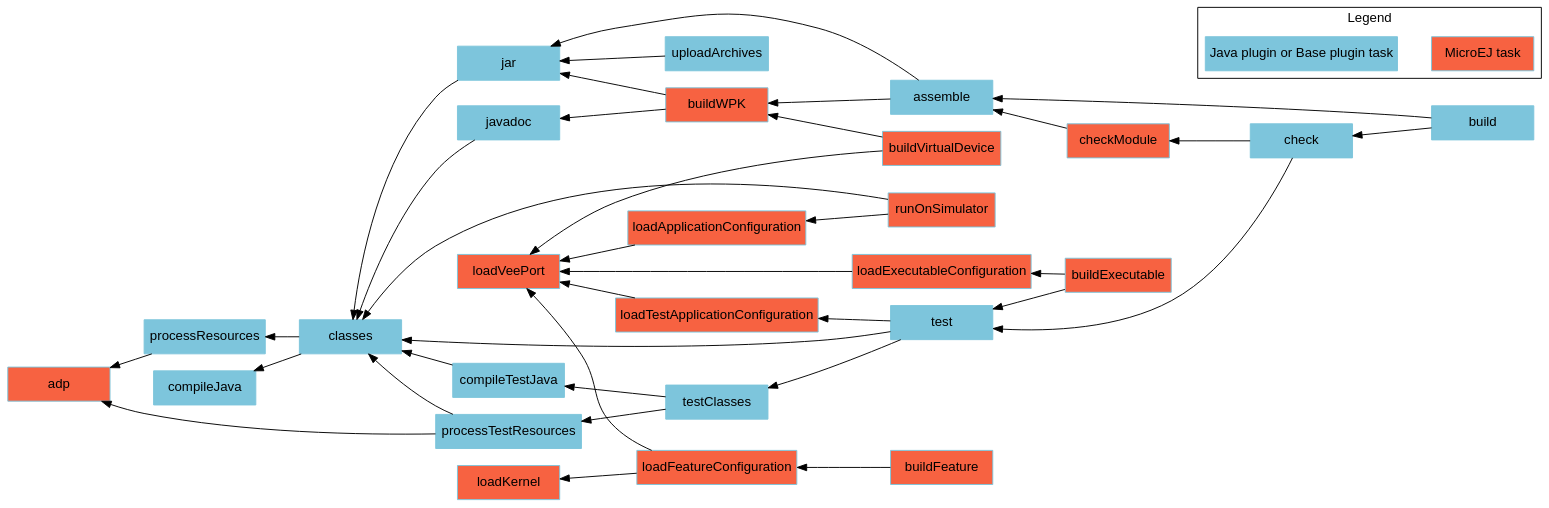
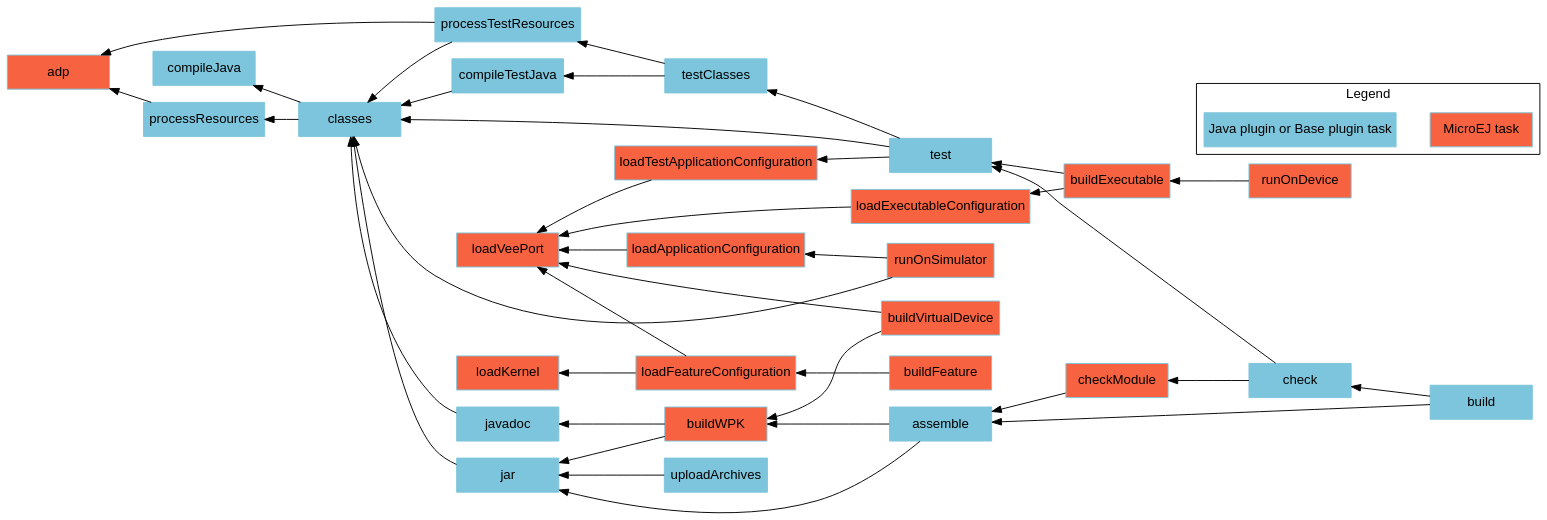
One commit to MicroEJ/docs changed the diagram in SDK6UserGuide/graphApplicationModule.dot. Above: the diagram before and after it, drawn with Graphviz. The commit also changed 1 other file, not shown here.

```diff
--- a/SDK6UserGuide/graphApplicationModule.dot
+++ b/SDK6UserGuide/graphApplicationModule.dot
@@ -1,69 +1,71 @@
 digraph mygraph {
     rankdir="RL";
     bgcolor="transparent"
     fontname="Helvetica,Arial,sans-serif"
     node [
         shape = box
         width = 1.5
         color = "#7dc5dc"
         style = filled
         fontname="Helvetica,Arial,sans-serif"
     ]
     edge [fontname="Helvetica,Arial,sans-serif"]
     "adp" [fillcolor = "#f76241"]
     "checkModule" [fillcolor = "#f76241"]
     "loadKernel" [fillcolor = "#f76241"]
     "loadVeePort" [fillcolor = "#f76241"]
     "loadApplicationConfiguration" [fillcolor = "#f76241"]
     "loadExecutableConfiguration" [fillcolor = "#f76241"] 
     "loadFeatureConfiguration" [fillcolor = "#f76241"]
     "loadTestApplicationConfiguration" [fillcolor = "#f76241"]
     "runOnSimulator" [fillcolor = "#f76241"]
     "buildWPK" [fillcolor = "#f76241"]
     "buildExecutable" [fillcolor = "#f76241"]
     "buildVirtualDevice" [fillcolor = "#f76241"]
     "buildFeature" [fillcolor = "#f76241"]
+    "runOnDevice" [fillcolor = "#f76241"]
     "build" -> "check"
     "check" -> "test"
     "test" -> "classes"
     "test" -> "testClasses"
     "test" -> "loadTestApplicationConfiguration"
     "testClasses" -> "compileTestJava"
     "testClasses" -> "processTestResources"
     "loadTestApplicationConfiguration" -> "loadVeePort"
     "processResources" -> "adp"
     "processTestResources" -> "adp"
     "processTestResources" -> "classes"
     "compileTestJava" -> "classes"
     "javadoc" -> "classes"
     "classes" -> "compileJava"
     "classes" -> "processResources"
     "build" -> "assemble"
     "assemble" -> "jar"
     "assemble" -> "buildWPK"
     "uploadArchives" -> "jar"
     "jar" -> "classes"
     "runOnSimulator" -> "classes"
     "runOnSimulator" -> "loadApplicationConfiguration"
     "loadApplicationConfiguration" -> "loadVeePort"
     "checkModule" -> "assemble"
     "check" -> "checkModule"
     "buildWPK" -> "jar"
     "buildWPK" -> "javadoc"
     "buildExecutable" -> "test"
     "buildExecutable" -> "loadExecutableConfiguration"
     "loadExecutableConfiguration" -> "loadVeePort"
     "buildVirtualDevice" -> "loadVeePort"
     "buildVirtualDevice" -> "buildWPK"
     "buildFeature" -> "loadFeatureConfiguration"
     "loadFeatureConfiguration" -> "loadKernel"
     "loadFeatureConfiguration" -> "loadVeePort"
+    "runOnDevice" -> "buildExecutable"
 
     subgraph cluster_legend {
         label="Legend";
         microej [fillcolor="#f76241" label="MicroEJ task"];
         java [fillcolor="#7dc5dc" label="Java plugin or Base plugin task"];
         microej -> java [style=invis];
         java -> microej [style=invis];
     }
 }
```
